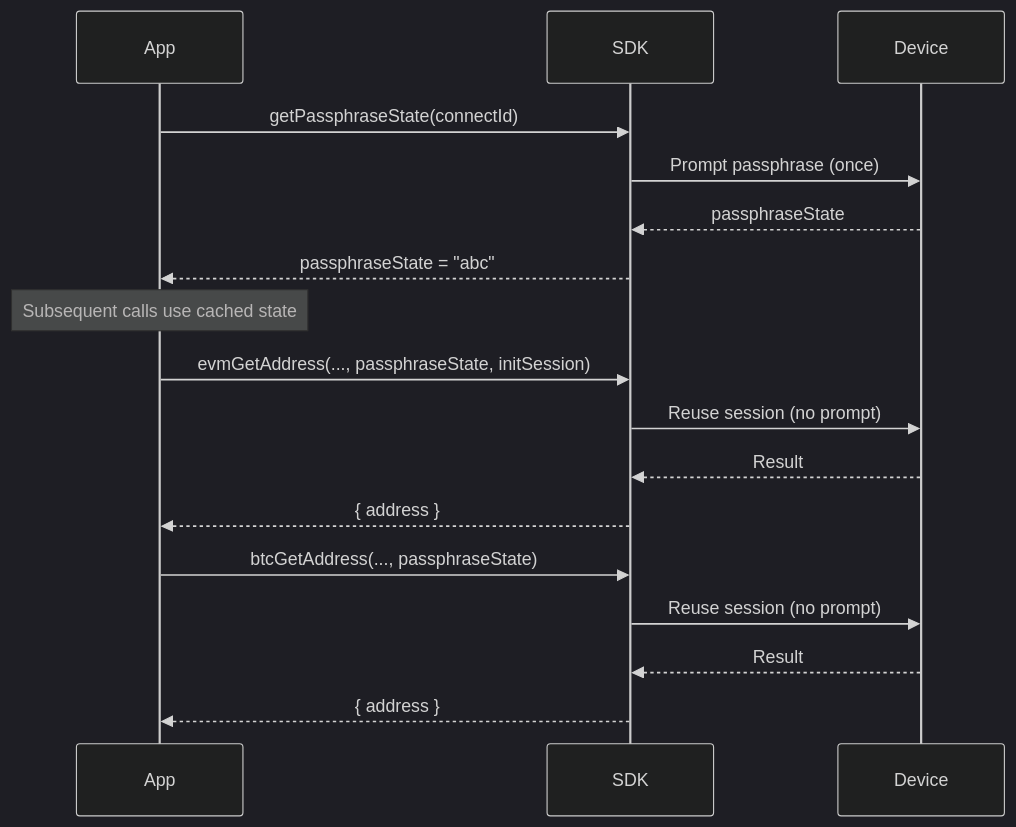
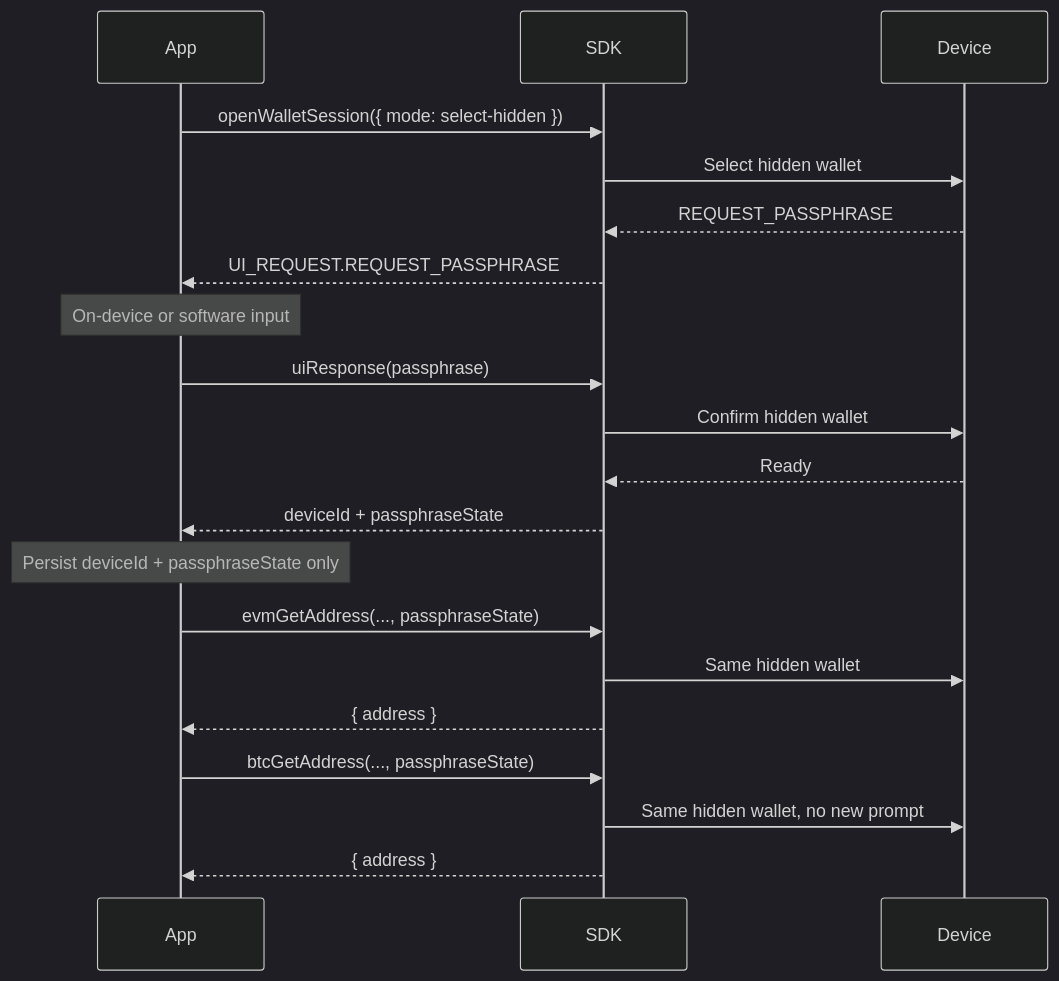
The second of 2 diagrams in packages/connect-examples/developer-portal/content/en/hardware-sdk/concepts/passphrase.mdx (OneKeyHQ/hardware-js-sdk), drawn with Mermaid (dark theme) before and after one commit. The commit also changed other lines of this file and 3 other files, not shown here.

Commit message:
docs: redraw passphrase and wallet-session flows on 1.2 APIs

````diff
--- a/packages/connect-examples/developer-portal/content/en/hardware-sdk/concepts/passphrase.mdx
+++ b/packages/connect-examples/developer-portal/content/en/hardware-sdk/concepts/passphrase.mdx
@@ -94,23 +69,23 @@
 ```mermaid
 sequenceDiagram
     participant App
     participant SDK
     participant Device
 
-    App->>SDK: getPassphraseState(connectId)
-    SDK->>Device: Prompt passphrase (once)
-    Device-->>SDK: passphraseState
-    SDK-->>App: passphraseState = "abc"
-
-    Note over App: Subsequent calls use cached state
-
-    App->>SDK: evmGetAddress(..., passphraseState, initSession)
-    SDK->>Device: Reuse session (no prompt)
-    Device-->>SDK: Result
+    App->>SDK: openWalletSession({ mode: select-hidden })
+    SDK->>Device: Select hidden wallet
+    Device-->>SDK: REQUEST_PASSPHRASE
+    SDK-->>App: UI_REQUEST.REQUEST_PASSPHRASE
+    Note over App: On-device or software input
+    App->>SDK: uiResponse(passphrase)
+    SDK->>Device: Confirm hidden wallet
+    Device-->>SDK: Ready
+    SDK-->>App: deviceId + passphraseState
+    Note over App: Persist deviceId + passphraseState only
+    App->>SDK: evmGetAddress(..., passphraseState)
+    SDK->>Device: Same hidden wallet
     SDK-->>App: { address }
-
     App->>SDK: btcGetAddress(..., passphraseState)
-    SDK->>Device: Reuse session (no prompt)
-    Device-->>SDK: Result
+    SDK->>Device: Same hidden wallet, no new prompt
     SDK-->>App: { address }
 ```
````
